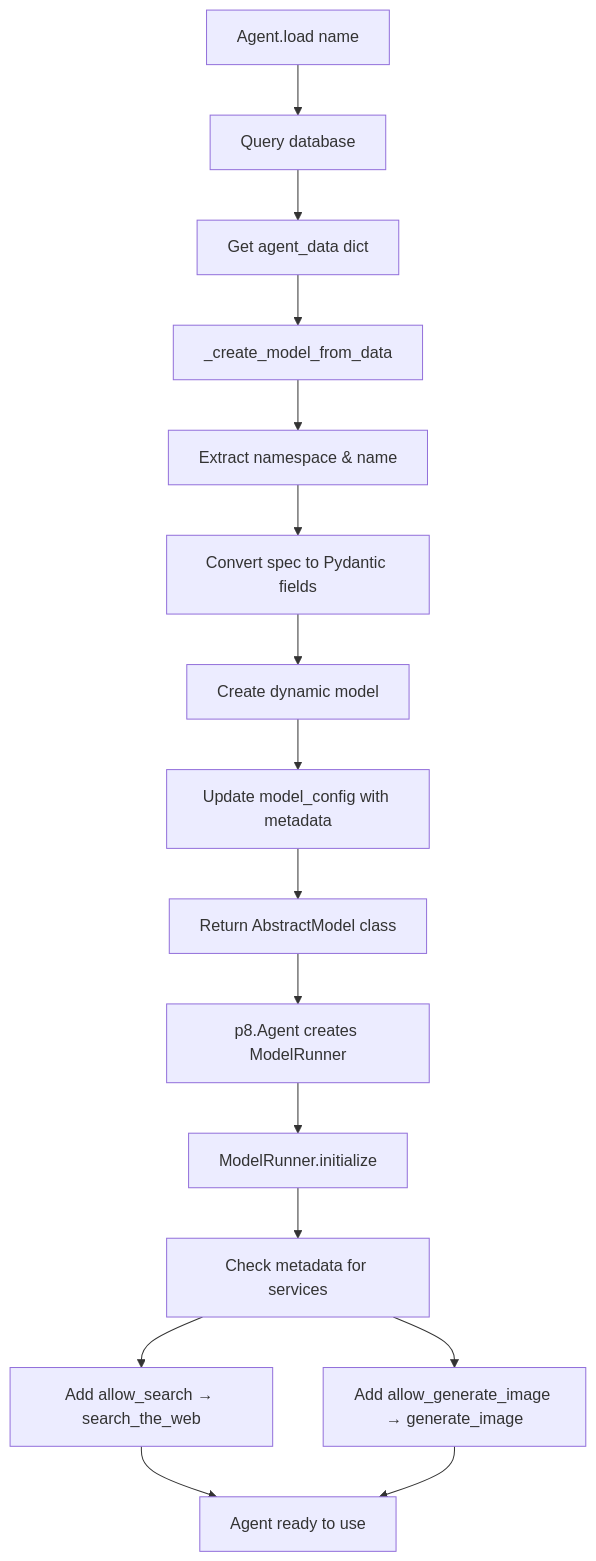
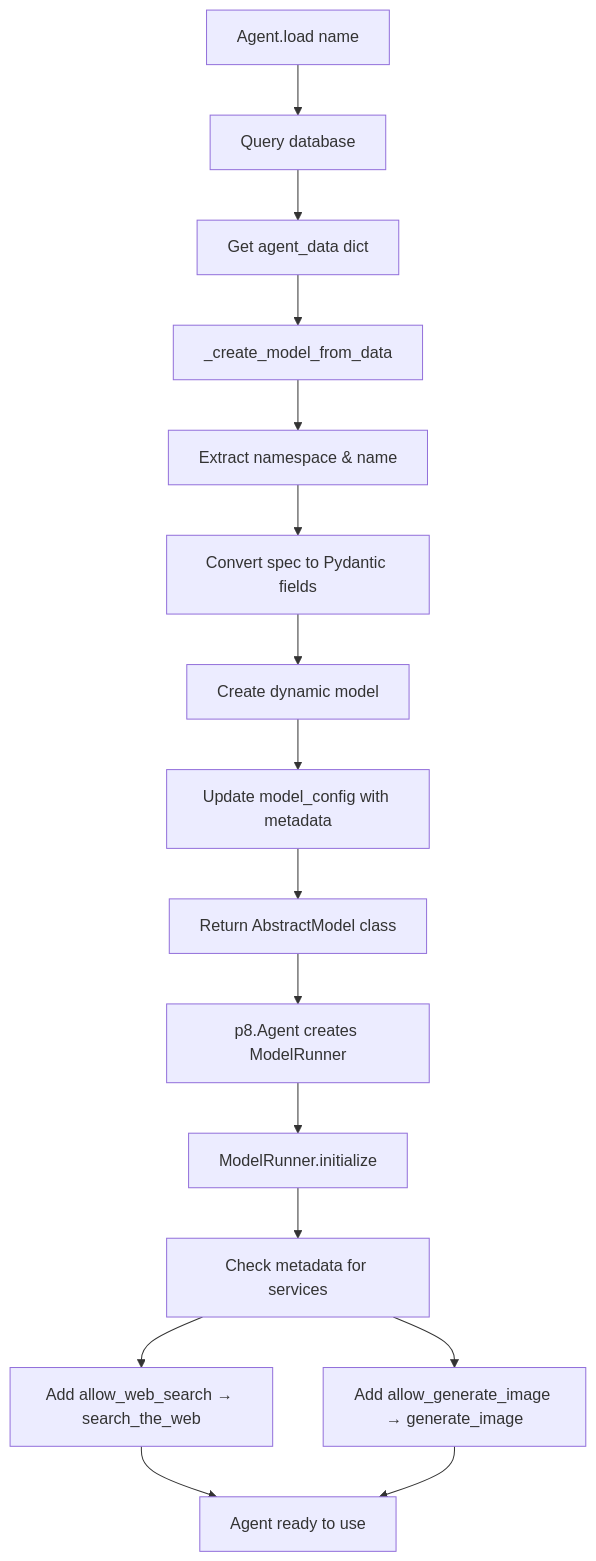
The second of 2 diagrams in docs/05-building-agents.md (Percolation-Labs/percolate), drawn with Mermaid before and after one commit. The commit also changed other lines of this file and 1 other file, not shown here.

````diff
--- a/docs/05-building-agents.md
+++ b/docs/05-building-agents.md
@@ -458,18 +458,18 @@
 ```mermaid
 graph TD
     A[Agent.load name] --> B[Query database]
     B --> C[Get agent_data dict]
     C --> D[_create_model_from_data]
     D --> E[Extract namespace & name]
     E --> F[Convert spec to Pydantic fields]
     F --> G[Create dynamic model]
     G --> H[Update model_config with metadata]
     H --> I[Return AbstractModel class]
     I --> J[p8.Agent creates ModelRunner]
     J --> K[ModelRunner.initialize]
     K --> L[Check metadata for services]
-    L --> M[Add allow_search → search_the_web]
+    L --> M[Add allow_web_search → search_the_web]
     L --> N[Add allow_generate_image → generate_image]
     M --> O[Agent ready to use]
     N --> O
 ```
````
